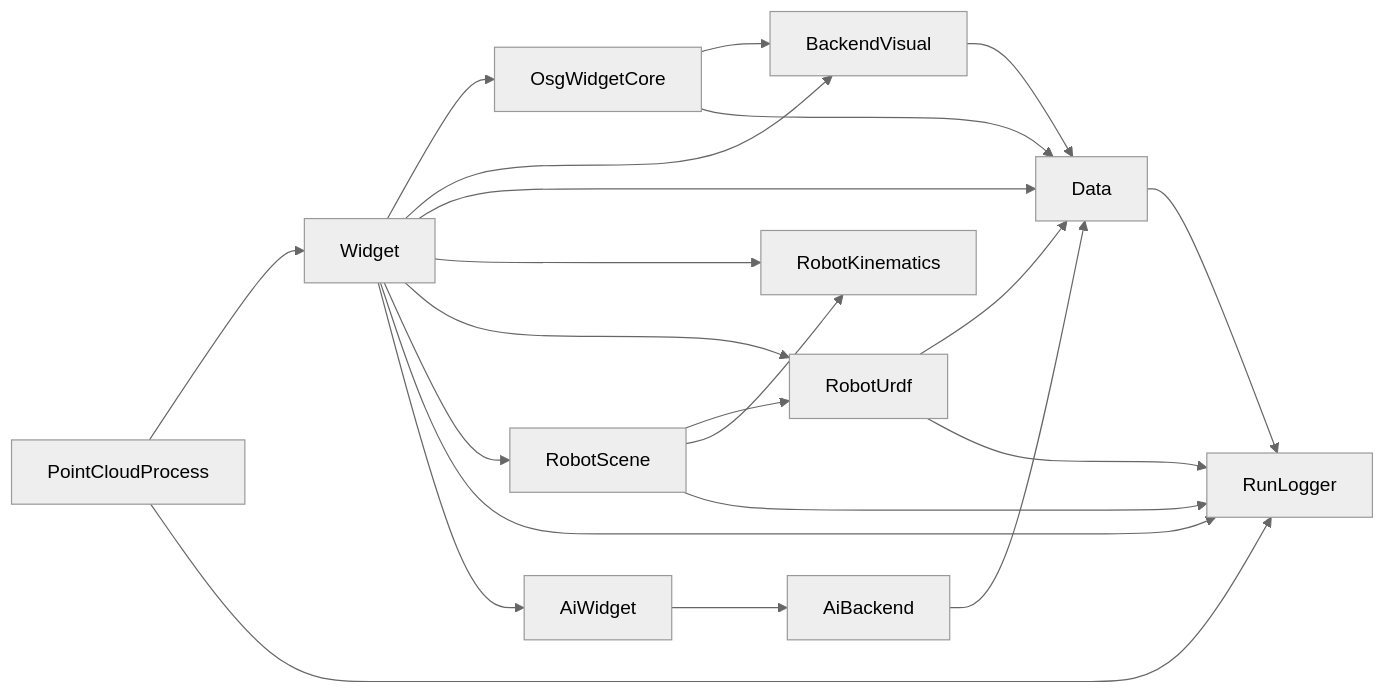
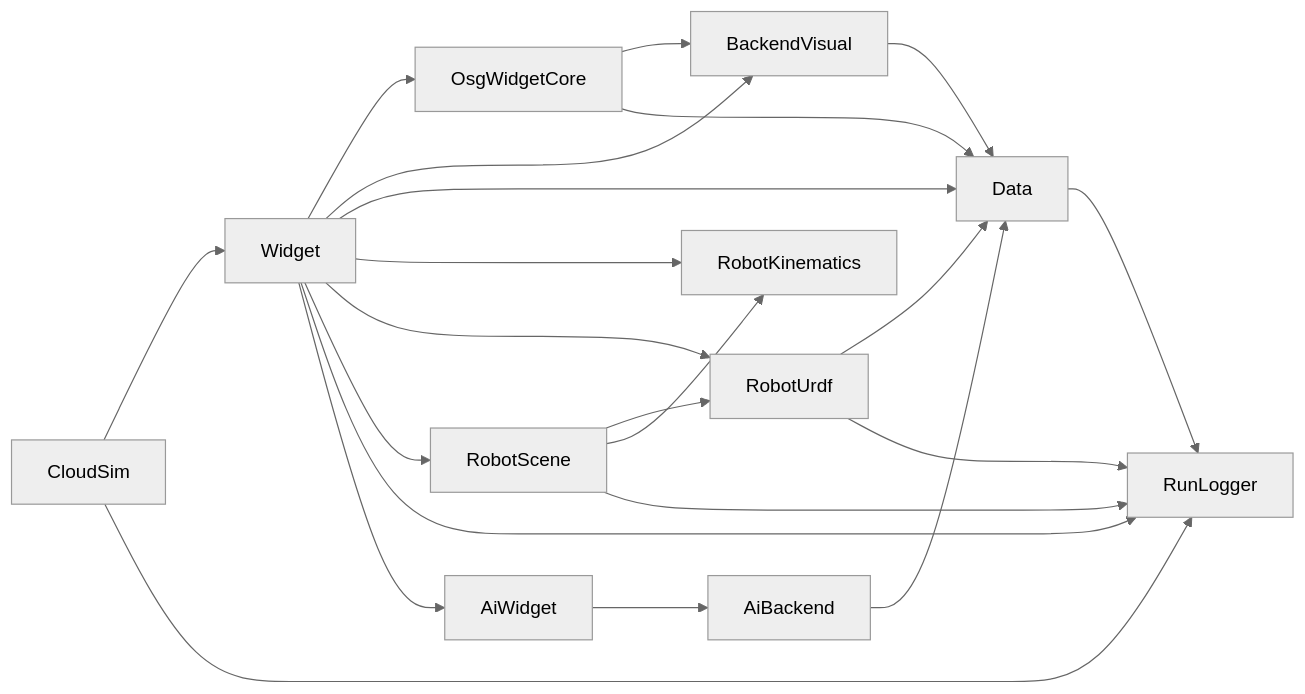
The second of 7 diagrams in ARCHITECTURE_SUMMARY.md (sanmunejdn/CloudSim), drawn with Mermaid (neutral theme) before and after one commit. The commit also changed other lines of this file and 15 other files, not shown here.

````diff
--- a/ARCHITECTURE_SUMMARY.md
+++ b/ARCHITECTURE_SUMMARY.md
@@ -271,29 +271,29 @@
 ```mermaid
 flowchart LR
     Widget --> OsgWidgetCore
     Widget --> BackendVisual
     Widget --> Data
     Widget --> RobotKinematics
     Widget --> RobotUrdf
     Widget --> RobotScene
     Widget --> RunLogger
     Widget --> AiWidget
     AiWidget --> AiBackend
     AiBackend --> Data
 
     OsgWidgetCore --> BackendVisual
     OsgWidgetCore --> Data
     BackendVisual --> Data
 
     RobotUrdf --> Data
     RobotUrdf --> RunLogger
 
     RobotScene --> RobotUrdf
     RobotScene --> RobotKinematics
     RobotScene --> RunLogger
 
     Data --> RunLogger
 
-    PointCloudProcess --> Widget
-    PointCloudProcess --> RunLogger
+    CloudSim --> Widget
+    CloudSim --> RunLogger
 ```
````
